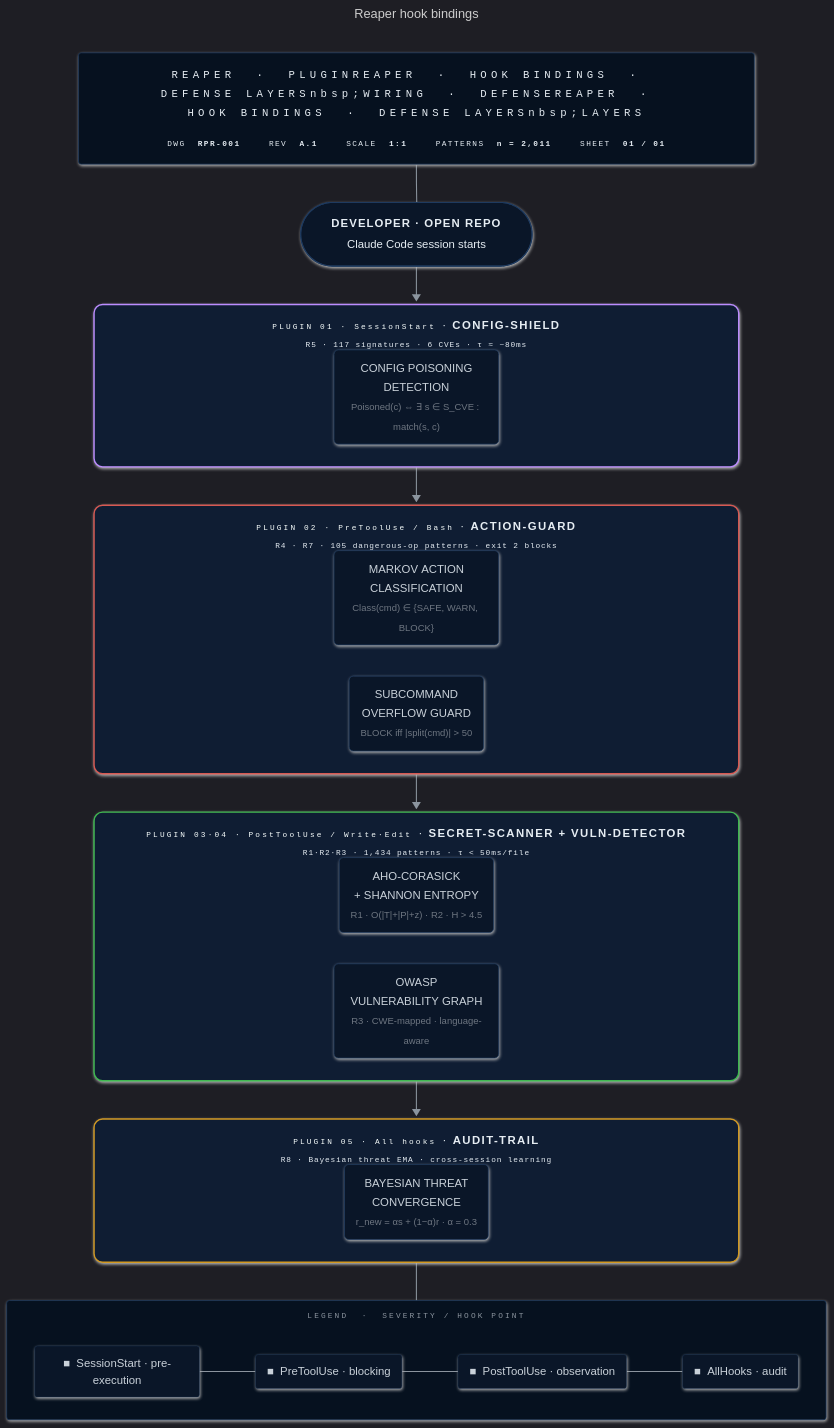
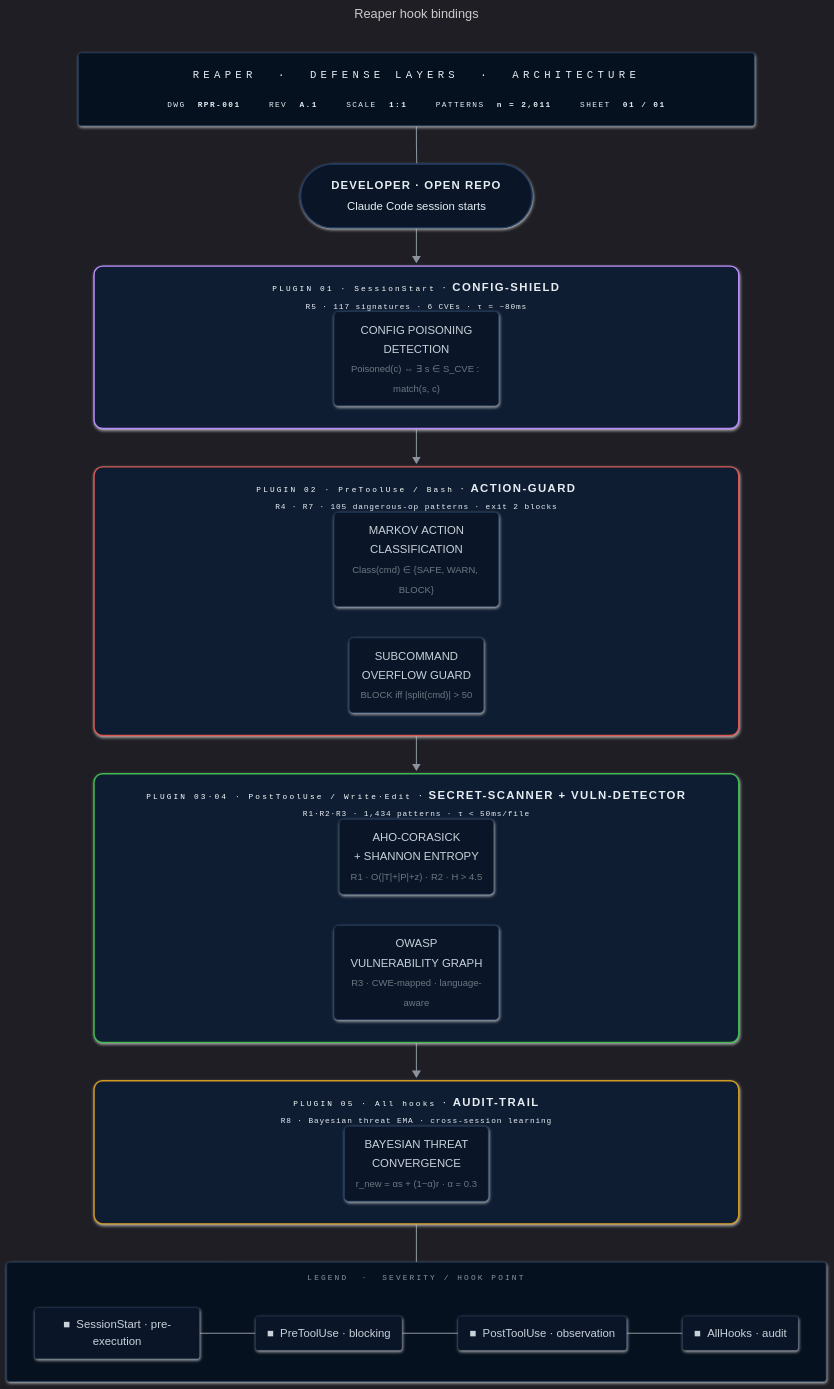
The diagram in docs/assets/pipeline.mmd (enchanter-ai/hydra), drawn with Mermaid before and after one commit. The commit also changed 1 other file, not shown here.

Commit message:
docs(assets): fix corrupted title block in pipeline.mmd + re-render
Same search-and-replace corruption as allay/hornet: 'PLUGINREAPER',
'DEFENSEREAPER', doubled 'DEFENSE LAYERS', stray 'nbsp;' tokens. Renders
garbled title text into pipeline.svg.

Clean canonical title: 'REAPER · DEFENSE LAYERS · ARCHITECTURE'
(domain wording preserved; 'HOOK BINDINGS' in the front-matter title tag
stays as a metadata distinction, but the on-diagram title reads to its
security-domain audience).

Re-rendered pipeline.svg via mermaid-cli + apply-blueprint.js.

Part of the cross-repo diagram standardization sweep.

```diff
--- a/docs/assets/pipeline.mmd
+++ b/docs/assets/pipeline.mmd
@@ -1,72 +1,72 @@
 ---
 title: Reaper hook bindings
 config:
   look: neo
   theme: dark
   flowchart:
     curve: basis
     padding: 18
     nodeSpacing: 44
     rankSpacing: 54
     htmlLabels: true
     subGraphTitleMargin:
       top: 14
       bottom: 18
 ---
 flowchart TD
-    TitleBlock["<div style='font-family:ui-monospace,SFMono-Regular,Consolas,monospace;text-align:center;min-width:900px;padding:6px 10px;line-height:1.8'><div style='color:#58a6ff;font-size:15px;letter-spacing:6px;border-bottom:1px solid #1e3a5f;padding-bottom:10px;margin-bottom:10px'>REAPER &nbsp;·&nbsp; PLUGINREAPER &nbsp;·&nbsp; HOOK&nbsp;BINDINGS &nbsp;·&nbsp; DEFENSE&nbsp;LAYERSnbsp;WIRING &nbsp;·&nbsp; DEFENSEREAPER &nbsp;·&nbsp; HOOK&nbsp;BINDINGS &nbsp;·&nbsp; DEFENSE&nbsp;LAYERSnbsp;LAYERS</div><div style='display:flex;gap:40px;justify-content:center;font-size:11px;color:#8b949e;letter-spacing:2px'><span>DWG&nbsp;&nbsp;<b style='color:#e6edf3'>RPR-001</b></span><span>REV&nbsp;&nbsp;<b style='color:#e6edf3'>A.1</b></span><span>SCALE&nbsp;&nbsp;<b style='color:#e6edf3'>1:1</b></span><span>PATTERNS&nbsp;&nbsp;<b style='color:#e6edf3'>n&nbsp;=&nbsp;2,011</b></span><span>SHEET&nbsp;&nbsp;<b style='color:#e6edf3'>01&nbsp;/&nbsp;01</b></span></div></div>"]
+    TitleBlock["<div style='font-family:ui-monospace,SFMono-Regular,Consolas,monospace;text-align:center;min-width:900px;padding:6px 10px;line-height:1.8'><div style='color:#58a6ff;font-size:15px;letter-spacing:6px;border-bottom:1px solid #1e3a5f;padding-bottom:10px;margin-bottom:10px'>REAPER &nbsp;·&nbsp; DEFENSE&nbsp;LAYERS &nbsp;·&nbsp; ARCHITECTURE</div><div style='display:flex;gap:40px;justify-content:center;font-size:11px;color:#8b949e;letter-spacing:2px'><span>DWG&nbsp;&nbsp;<b style='color:#e6edf3'>RPR-001</b></span><span>REV&nbsp;&nbsp;<b style='color:#e6edf3'>A.1</b></span><span>SCALE&nbsp;&nbsp;<b style='color:#e6edf3'>1:1</b></span><span>PATTERNS&nbsp;&nbsp;<b style='color:#e6edf3'>n&nbsp;=&nbsp;2,011</b></span><span>SHEET&nbsp;&nbsp;<b style='color:#e6edf3'>01&nbsp;/&nbsp;01</b></span></div></div>"]
 
     User(["<div style='text-align:center;line-height:1.8;padding:4px 12px'><b style='letter-spacing:1.5px'>DEVELOPER&nbsp;·&nbsp;OPEN&nbsp;REPO</b><br/><span style='color:#8b949e;font-size:12px'>Claude Code session starts</span></div>"])
 
     subgraph SS["<div style='text-align:center;min-width:900px;line-height:2'><div><span style='font-family:ui-monospace,monospace;color:#8b949e;font-size:11px;letter-spacing:3px'>PLUGIN&nbsp;01&nbsp;·&nbsp;SessionStart</span>&nbsp;&nbsp;·&nbsp;&nbsp;<b style='letter-spacing:2px'>CONFIG-SHIELD</b></div><div style='color:#6e7681;font-size:11px;font-family:ui-monospace,monospace;letter-spacing:1.2px'>R5&nbsp;·&nbsp;117&nbsp;signatures&nbsp;·&nbsp;6&nbsp;CVEs&nbsp;·&nbsp;τ&nbsp;≈&nbsp;~80ms</div></div>"]
         direction LR
         config["<div style='text-align:center;line-height:1.7'>CONFIG&nbsp;POISONING<br/>DETECTION<br/><small style='color:#6e7681'>Poisoned(c) ⇔ ∃ s ∈ S_CVE : match(s, c)</small></div>"]
     end
 
     subgraph Pre["<div style='text-align:center;min-width:900px;line-height:2'><div><span style='font-family:ui-monospace,monospace;color:#8b949e;font-size:11px;letter-spacing:3px'>PLUGIN&nbsp;02&nbsp;·&nbsp;PreToolUse&nbsp;/&nbsp;Bash</span>&nbsp;&nbsp;·&nbsp;&nbsp;<b style='letter-spacing:2px'>ACTION-GUARD</b></div><div style='color:#6e7681;font-size:11px;font-family:ui-monospace,monospace;letter-spacing:1.2px'>R4 · R7&nbsp;·&nbsp;105&nbsp;dangerous-op&nbsp;patterns&nbsp;·&nbsp;exit&nbsp;2&nbsp;blocks</div></div>"]
         direction LR
         guard["<div style='text-align:center;line-height:1.7'>MARKOV&nbsp;ACTION<br/>CLASSIFICATION<br/><small style='color:#6e7681'>Class(cmd) ∈ {SAFE, WARN, BLOCK}</small></div>"]
         overflow["<div style='text-align:center;line-height:1.7'>SUBCOMMAND<br/>OVERFLOW&nbsp;GUARD<br/><small style='color:#6e7681'>BLOCK iff |split(cmd)| > 50</small></div>"]
     end
 
     subgraph Post["<div style='text-align:center;min-width:900px;line-height:2'><div><span style='font-family:ui-monospace,monospace;color:#8b949e;font-size:11px;letter-spacing:3px'>PLUGIN&nbsp;03·04&nbsp;·&nbsp;PostToolUse&nbsp;/&nbsp;Write·Edit</span>&nbsp;&nbsp;·&nbsp;&nbsp;<b style='letter-spacing:2px'>SECRET-SCANNER&nbsp;+&nbsp;VULN-DETECTOR</b></div><div style='color:#6e7681;font-size:11px;font-family:ui-monospace,monospace;letter-spacing:1.2px'>R1·R2·R3&nbsp;·&nbsp;1,434&nbsp;patterns&nbsp;·&nbsp;τ&nbsp;&lt;&nbsp;50ms/file</div></div>"]
         direction LR
         secrets["<div style='text-align:center;line-height:1.7'>AHO-CORASICK<br/>+ SHANNON ENTROPY<br/><small style='color:#6e7681'>R1 · O(|T|+|P|+z) · R2 · H > 4.5</small></div>"]
         vulns["<div style='text-align:center;line-height:1.7'>OWASP<br/>VULNERABILITY&nbsp;GRAPH<br/><small style='color:#6e7681'>R3 · CWE-mapped · language-aware</small></div>"]
     end
 
     subgraph Audit["<div style='text-align:center;min-width:900px;line-height:2'><div><span style='font-family:ui-monospace,monospace;color:#8b949e;font-size:11px;letter-spacing:3px'>PLUGIN&nbsp;05&nbsp;·&nbsp;All&nbsp;hooks</span>&nbsp;&nbsp;·&nbsp;&nbsp;<b style='letter-spacing:2px'>AUDIT-TRAIL</b></div><div style='color:#6e7681;font-size:11px;font-family:ui-monospace,monospace;letter-spacing:1.2px'>R8&nbsp;·&nbsp;Bayesian&nbsp;threat&nbsp;EMA&nbsp;·&nbsp;cross-session&nbsp;learning</div></div>"]
         direction LR
         audit["<div style='text-align:center;line-height:1.7'>BAYESIAN&nbsp;THREAT<br/>CONVERGENCE<br/><small style='color:#6e7681'>r_new = αs + (1−α)r · α = 0.3</small></div>"]
     end
 
     subgraph Legend["<div style='font-family:ui-monospace,monospace;color:#8b949e;font-size:11px;letter-spacing:3px;min-width:900px;text-align:center'>LEGEND&nbsp;&nbsp;·&nbsp;&nbsp;SEVERITY&nbsp;/&nbsp;HOOK&nbsp;POINT</div>"]
         direction LR
         lg1["<span style='color:#bc8cff'>■</span>&nbsp;&nbsp;SessionStart&nbsp;·&nbsp;pre-execution"] --- lg2["<span style='color:#d75952'>■</span>&nbsp;&nbsp;PreToolUse&nbsp;·&nbsp;blocking"] --- lg3["<span style='color:#3fb950'>■</span>&nbsp;&nbsp;PostToolUse&nbsp;·&nbsp;observation"] --- lg4["<span style='color:#d29922'>■</span>&nbsp;&nbsp;AllHooks&nbsp;·&nbsp;audit"]
     end
 
     TitleBlock ~~~ User
     User --> SS
     SS --> Pre
     Pre --> Post
     Post --> Audit
     Audit ~~~ Legend
 
     classDef step fill:#0a1628,stroke:#1e3a5f,stroke-width:1px,color:#c9d1d9,rx:6,ry:6
     classDef userNode fill:#0a1628,stroke:#1e3a5f,stroke-width:1.5px,color:#e6edf3,rx:10,ry:10
     classDef titleBlock fill:#06111f,stroke:#1e3a5f,stroke-width:1px,color:#e6edf3,rx:4,ry:4
     classDef legend fill:#06111f,stroke:#1e3a5f,stroke-width:1px,color:#8b949e,rx:4,ry:4
     classDef legendItem fill:#0a1628,stroke:#1e3a5f,stroke-width:0.5px,color:#c9d1d9,rx:4,ry:4
 
     class User userNode
     class config,guard,overflow,secrets,vulns,audit step
     class TitleBlock titleBlock
     class Legend legend
     class lg1,lg2,lg3,lg4 legendItem
 
     style SS fill:#0f1d33,stroke:#bc8cff,stroke-width:2px,color:#e6edf3,rx:12,ry:12
     style Pre fill:#0f1d33,stroke:#d75952,stroke-width:2px,color:#e6edf3,rx:12,ry:12
     style Post fill:#0f1d33,stroke:#3fb950,stroke-width:2px,color:#e6edf3,rx:12,ry:12
     style Audit fill:#0f1d33,stroke:#d29922,stroke-width:2px,color:#e6edf3,rx:12,ry:12
 
     linkStyle default stroke:#8b949e,stroke-width:1.5px
```
